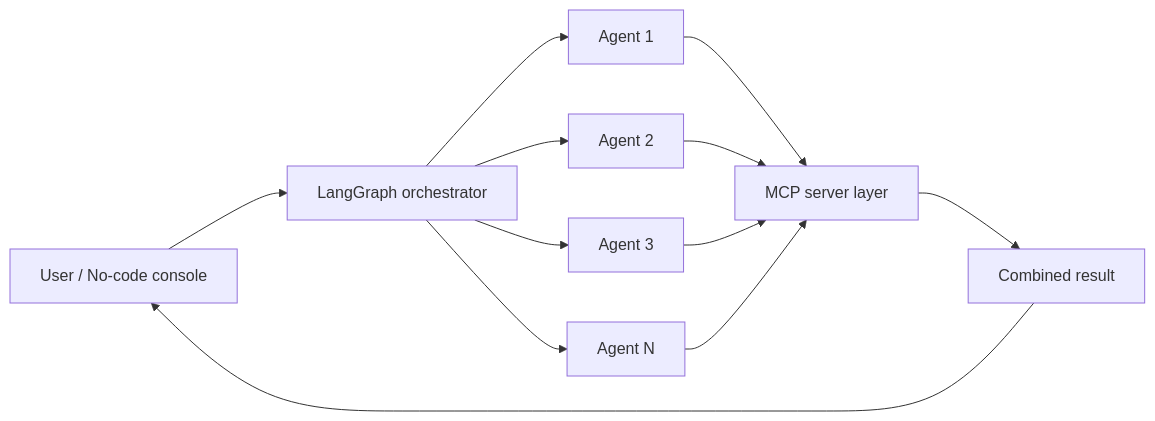
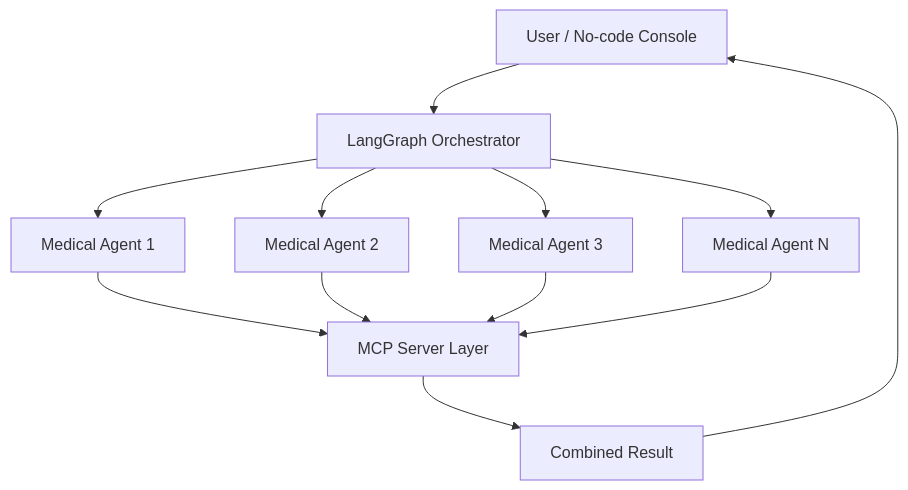
One commit to Amish23102006/Amish23102006 changed the first of 2 diagrams in README.md. Above: the diagram before and after it, drawn with Mermaid. The commit also changed other lines of this file, not shown here.

````diff
--- a/README.md
+++ b/README.md
@@ -41,11 +64,25 @@
 ```mermaid
-flowchart LR
-    U[User / No-code console] --> O[LangGraph orchestrator]
-    O --> A1[Agent 1]
-    O --> A2[Agent 2]
-    O --> A3[Agent 3]
-    O --> A4[Agent N]
-    A1 & A2 & A3 & A4 --> M[MCP server layer]
-    M --> R[Combined result]
+flowchart TD
+    U["User / No-code Console"]
+    O["LangGraph Orchestrator"]
+    A1["Medical Agent 1"]
+    A2["Medical Agent 2"]
+    A3["Medical Agent 3"]
+    AN["Medical Agent N"]
+    M["MCP Server Layer"]
+    R["Combined Result"]
+
+    U --> O
+    O --> A1
+    O --> A2
+    O --> A3
+    O --> AN
+
+    A1 --> M
+    A2 --> M
+    A3 --> M
+    AN --> M
+
+    M --> R
     R --> U
 ```
````
